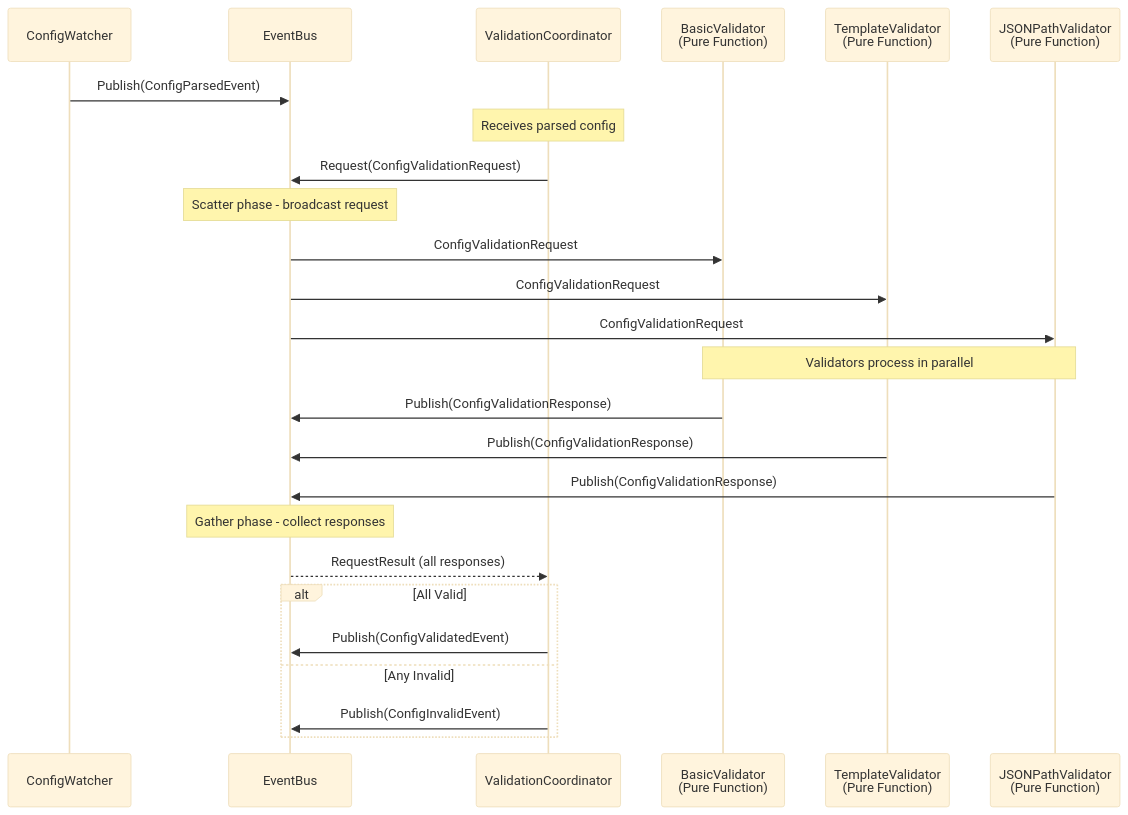
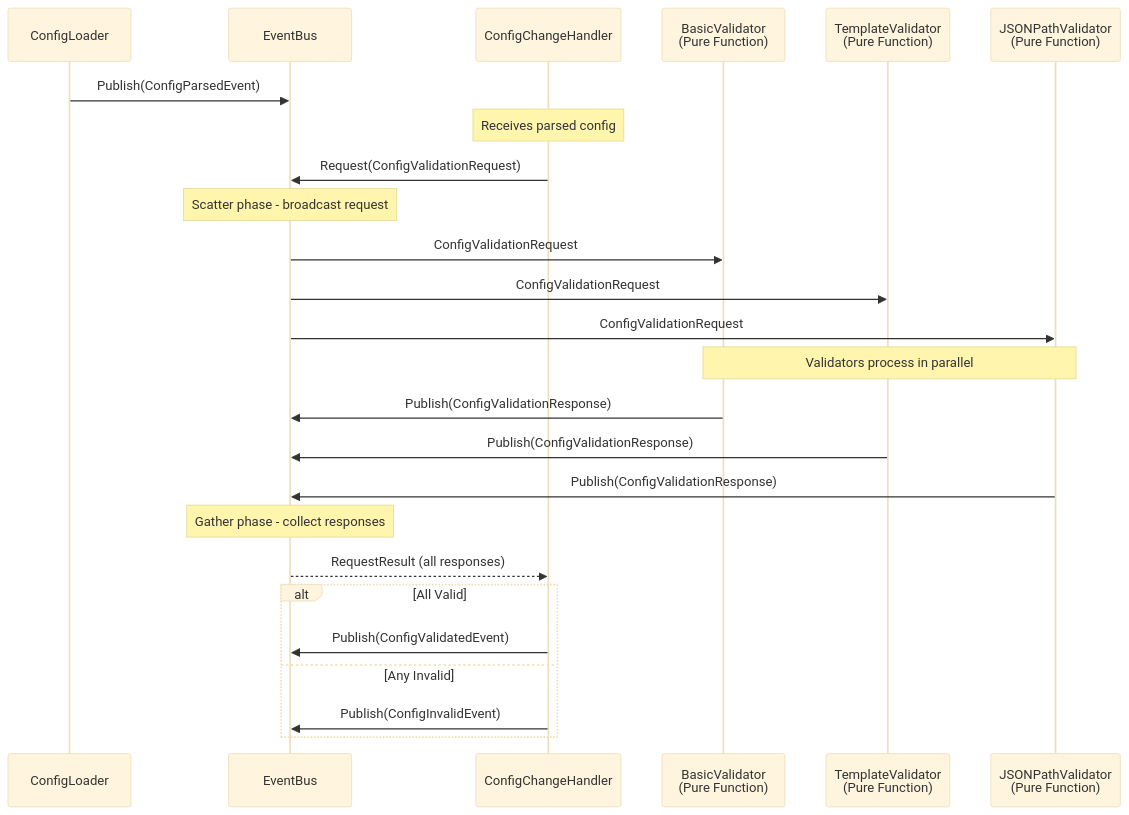
Before and after one commit to HAProxy-Template-IC/haproxy-template-ingress-controller: the diagram in docs/controller/docs/development/design/design-decisions.md, drawn with Mermaid (base theme). The commit also changed other lines of this file and 49 other files, not shown here.

````diff
--- a/docs/controller/docs/development/design/design-decisions.md
+++ b/docs/controller/docs/development/design/design-decisions.md
@@ -1073,37 +1088,37 @@
 ```mermaid
 sequenceDiagram
-    participant CW as ConfigWatcher
+    participant CW as ConfigLoader
     participant EB as EventBus
-    participant VC as ValidationCoordinator
+    participant VC as ConfigChangeHandler
     participant BV as BasicValidator<br/>(Pure Function)
     participant TV as TemplateValidator<br/>(Pure Function)
     participant JV as JSONPathValidator<br/>(Pure Function)
 
     CW->>EB: Publish(ConfigParsedEvent)
 
     Note over VC: Receives parsed config
 
     VC->>EB: Request(ConfigValidationRequest)
 
     Note over EB: Scatter phase - broadcast request
 
     EB->>BV: ConfigValidationRequest
     EB->>TV: ConfigValidationRequest
     EB->>JV: ConfigValidationRequest
 
     Note over BV,JV: Validators process in parallel
 
     BV->>EB: Publish(ConfigValidationResponse)
     TV->>EB: Publish(ConfigValidationResponse)
     JV->>EB: Publish(ConfigValidationResponse)
 
     Note over EB: Gather phase - collect responses
 
     EB-->>VC: RequestResult (all responses)
 
     alt All Valid
         VC->>EB: Publish(ConfigValidatedEvent)
     else Any Invalid
         VC->>EB: Publish(ConfigInvalidEvent)
     end
 ```
````
